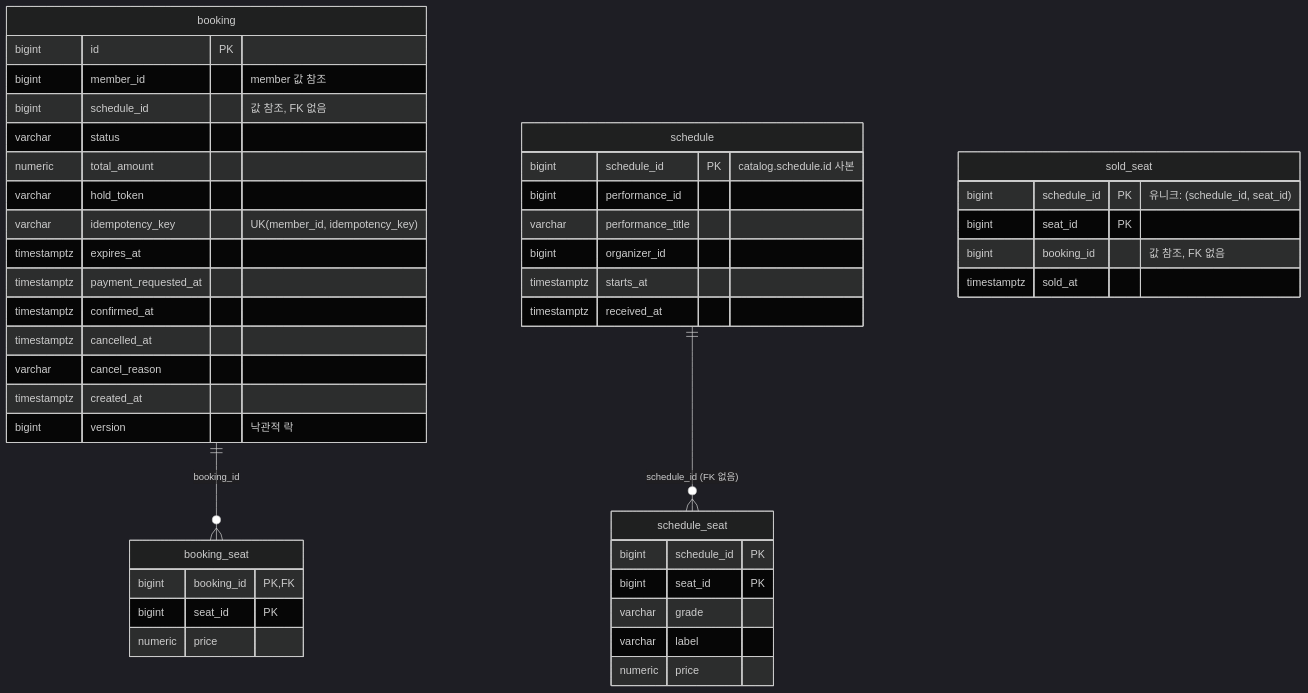
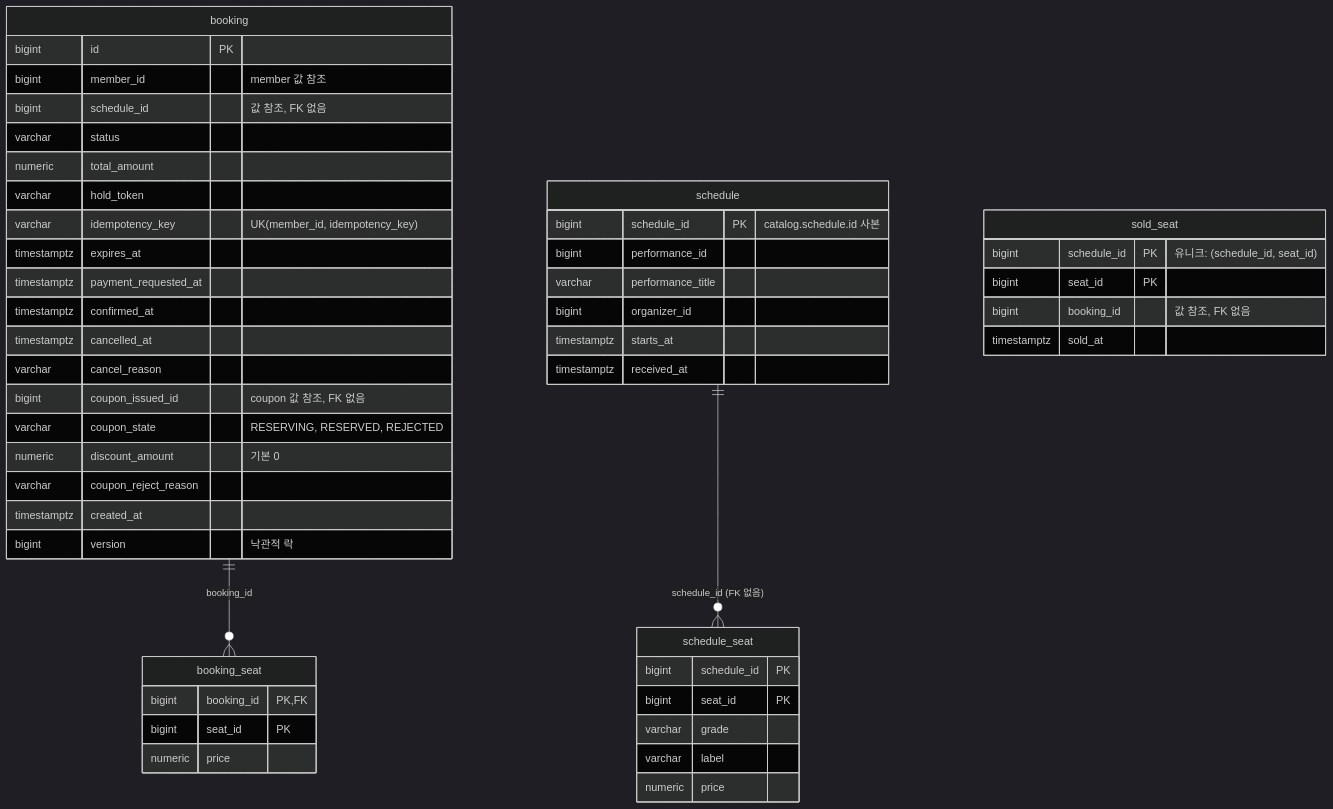
Before and after one commit to jkonury/ticketing: the third of 7 diagrams in docs/architecture/erd.md, drawn with Mermaid (dark theme). The commit also changed other lines of this file and 8 other files, not shown here.

Commit message:
docs(architecture): 쿠폰·감사 구현 현황과 E2E 프로세스 구성 반영

````diff
--- a/docs/architecture/erd.md
+++ b/docs/architecture/erd.md
@@ -91,47 +91,51 @@
 ```mermaid
 erDiagram
     booking ||--o{ booking_seat : "booking_id"
     schedule ||--o{ schedule_seat : "schedule_id (FK 없음)"
     schedule {
         bigint schedule_id PK "catalog.schedule.id 사본"
         bigint performance_id
         varchar performance_title
         bigint organizer_id
         timestamptz starts_at
         timestamptz received_at
     }
     schedule_seat {
         bigint schedule_id PK
         bigint seat_id PK
         varchar grade
         varchar label
         numeric price
     }
     booking {
         bigint id PK
         bigint member_id "member 값 참조"
         bigint schedule_id "값 참조, FK 없음"
         varchar status
         numeric total_amount
         varchar hold_token
         varchar idempotency_key "UK(member_id, idempotency_key)"
         timestamptz expires_at
         timestamptz payment_requested_at
         timestamptz confirmed_at
         timestamptz cancelled_at
         varchar cancel_reason
+        bigint coupon_issued_id "coupon 값 참조, FK 없음"
+        varchar coupon_state "RESERVING, RESERVED, REJECTED"
+        numeric discount_amount "기본 0"
+        varchar coupon_reject_reason
         timestamptz created_at
         bigint version "낙관적 락"
     }
     booking_seat {
         bigint booking_id PK, FK
         bigint seat_id PK
         numeric price
     }
     sold_seat {
         bigint schedule_id PK "유니크: (schedule_id, seat_id)"
         bigint seat_id PK
         bigint booking_id "값 참조, FK 없음"
         timestamptz sold_at
     }
 ```
````
